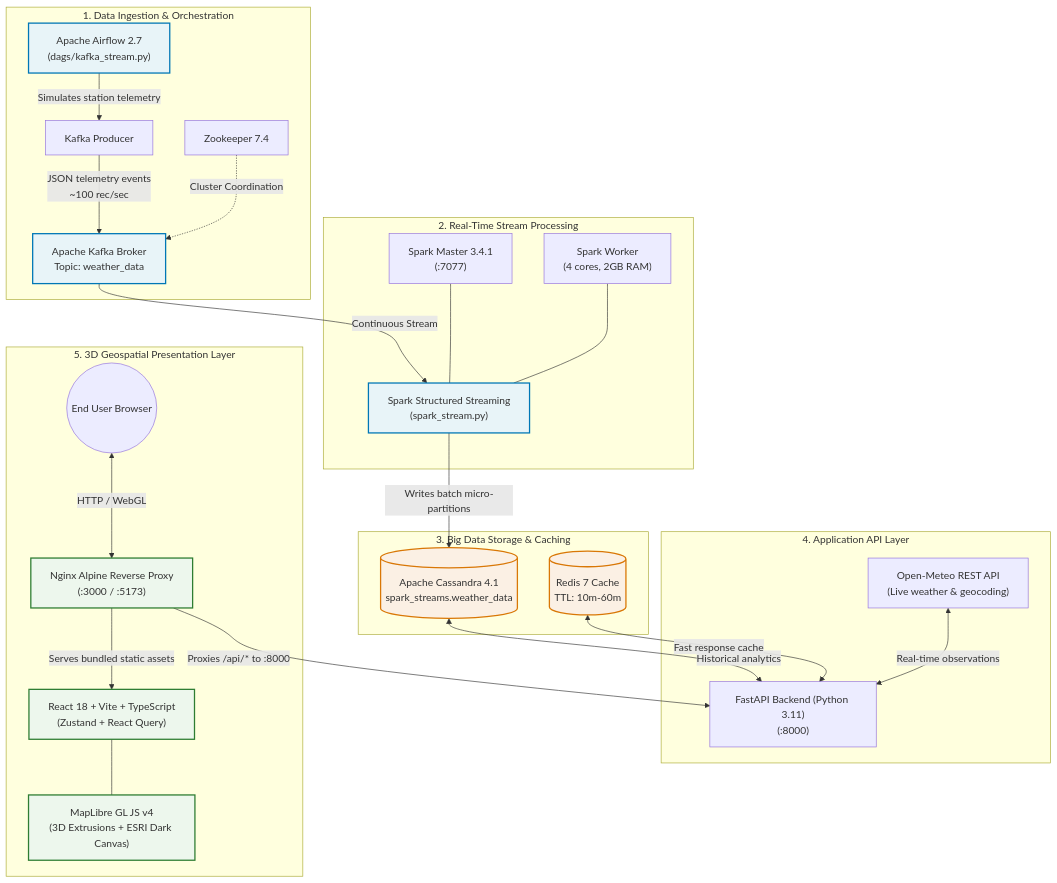
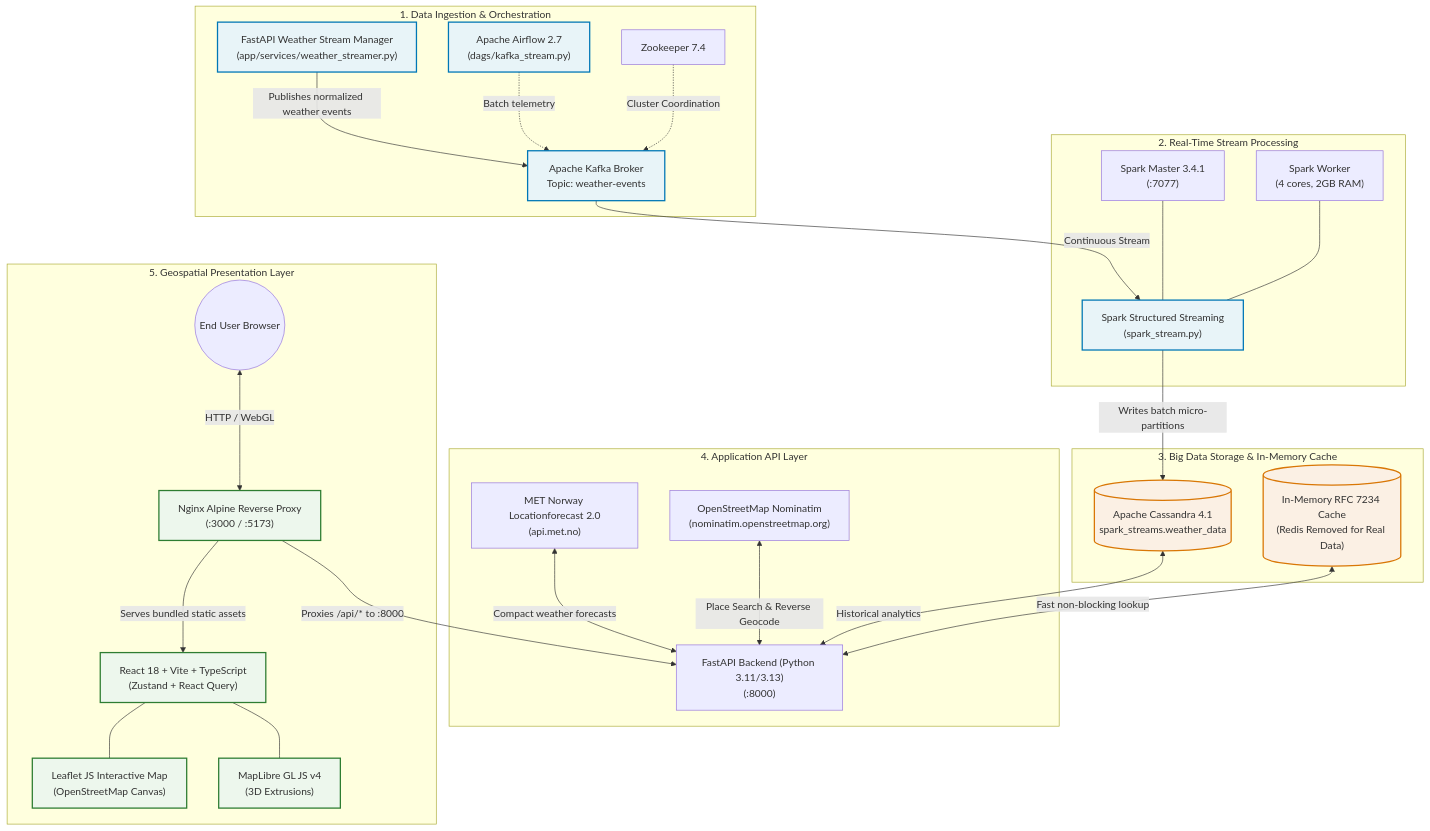
One commit to AnuragSingh2101/WeatherPulse changed the diagram in README.md. Above: the diagram before and after it, drawn with Mermaid. The commit also changed other lines of this file and 39 other files, not shown here.

````diff
--- a/README.md
+++ b/README.md
@@ -38,44 +48,47 @@
 ```mermaid
 flowchart TD
     subgraph DataIngestion ["1. Data Ingestion & Orchestration"]
-        AF["Apache Airflow 2.7\n(dags/kafka_stream.py)"] -->|Simulates station telemetry| KP["Kafka Producer"]
-        KP -->|JSON telemetry events\n~100 rec/sec| KAFKA["Apache Kafka Broker\nTopic: weather_data"]
+        BACKEND_STREAMER["FastAPI Weather Stream Manager\n(app/services/weather_streamer.py)"] -->|Publishes normalized weather events| KAFKA["Apache Kafka Broker\nTopic: weather-events"]
+        AF["Apache Airflow 2.7\n(dags/kafka_stream.py)"] -.->|Batch telemetry| KAFKA
         ZOOKEEPER["Zookeeper 7.4"] -.->|Cluster Coordination| KAFKA
     end
 
     subgraph StreamProcessing ["2. Real-Time Stream Processing"]
         KAFKA -->|Continuous Stream| SPARK["Spark Structured Streaming\n(spark_stream.py)"]
         SPARK_MASTER["Spark Master 3.4.1\n(:7077)"] --- SPARK
         SPARK_WORKER["Spark Worker\n(4 cores, 2GB RAM)"] --- SPARK
     end
 
-    subgraph StorageLayer ["3. Big Data Storage & Caching"]
+    subgraph StorageLayer ["3. Big Data Storage & In-Memory Cache"]
         SPARK -->|Writes batch micro-partitions| CASSANDRA[("Apache Cassandra 4.1\nspark_streams.weather_data")]
-        REDIS[("Redis 7 Cache\nTTL: 10m-60m")]
+        MEM_CACHE[("In-Memory RFC 7234 Cache\n(Redis Removed for Real Data)")]
     end
 
     subgraph ServingLayer ["4. Application API Layer"]
-        BACKEND["FastAPI Backend (Python 3.11)\n(:8000)"]
+        BACKEND["FastAPI Backend (Python 3.11/3.13)\n(:8000)"]
+        MET_NO["MET Norway Locationforecast 2.0\n(api.met.no)"] <-->|Compact weather forecasts| BACKEND
+        NOMINATIM["OpenStreetMap Nominatim\n(nominatim.openstreetmap.org)"] <-->|Place Search & Reverse Geocode| BACKEND
         CASSANDRA <-->|Historical analytics| BACKEND
-        REDIS <-->|Fast response cache| BACKEND
-        OM_API["Open-Meteo REST API\n(Live weather & geocoding)"] <-->|Real-time observations| BACKEND
+        MEM_CACHE <-->|Fast non-blocking lookup| BACKEND
     end
 
-    subgraph PresentationLayer ["5. 3D Geospatial Presentation Layer"]
+    subgraph PresentationLayer ["5. Geospatial Presentation Layer"]
         NGINX["Nginx Alpine Reverse Proxy\n(:3000 / :5173)"]
         REACT["React 18 + Vite + TypeScript\n(Zustand + React Query)"]
-        MAPLIBRE["MapLibre GL JS v4\n(3D Extrusions + ESRI Dark Canvas)"]
+        LEAFLET["Leaflet JS Interactive Map\n(OpenStreetMap Canvas)"]
+        MAPLIBRE["MapLibre GL JS v4\n(3D Extrusions)"]
         
         NGINX -->|Serves bundled static assets| REACT
         NGINX -->|Proxies /api/* to :8000| BACKEND
+        REACT --- LEAFLET
         REACT --- MAPLIBRE
         USER(("End User Browser")) <-->|HTTP / WebGL| NGINX
     end
 
     classDef streaming fill:#e8f4f8,stroke:#0077b6,stroke-width:2px;
     classDef storage fill:#fbf0e4,stroke:#d97706,stroke-width:2px;
     classDef frontend fill:#edf7ed,stroke:#2e7d32,stroke-width:2px;
-    class KAFKA,SPARK,AF streaming;
-    class CASSANDRA,REDIS storage;
-    class REACT,MAPLIBRE,NGINX frontend;
+    class KAFKA,SPARK,AF,BACKEND_STREAMER streaming;
+    class CASSANDRA,MEM_CACHE storage;
+    class REACT,LEAFLET,MAPLIBRE,NGINX frontend;
 ```
````
